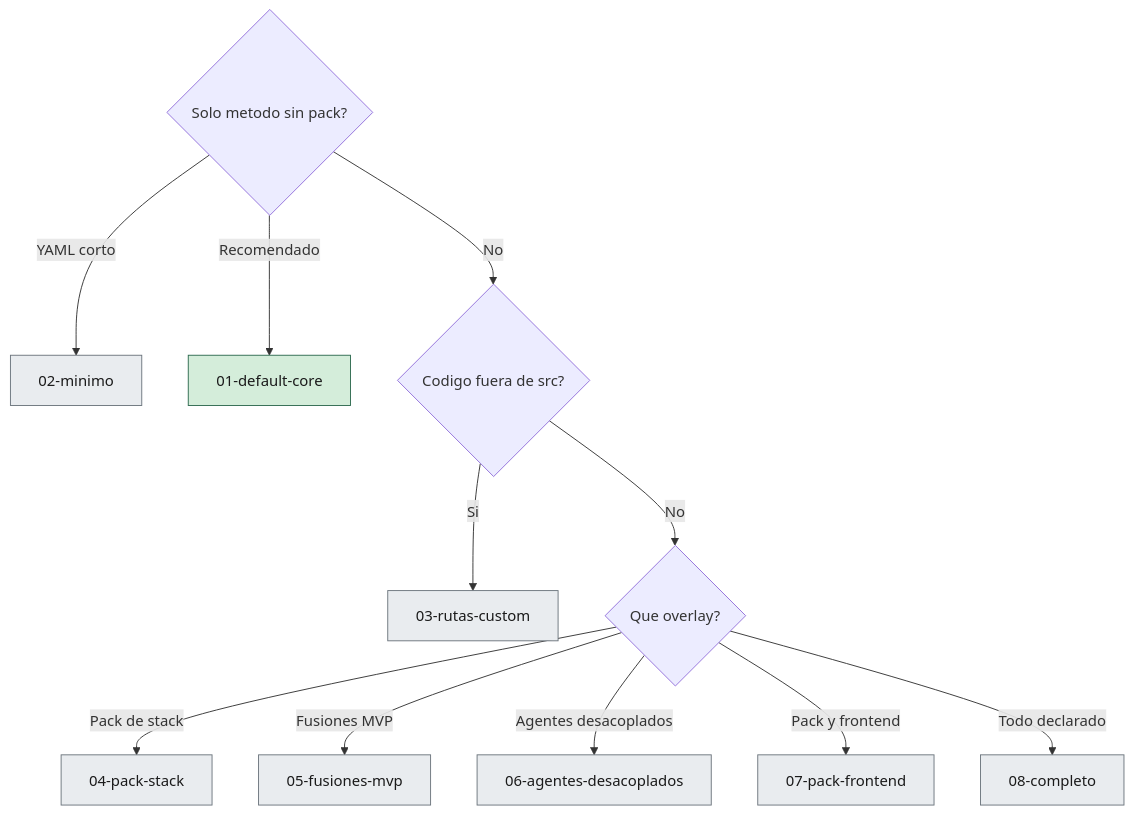
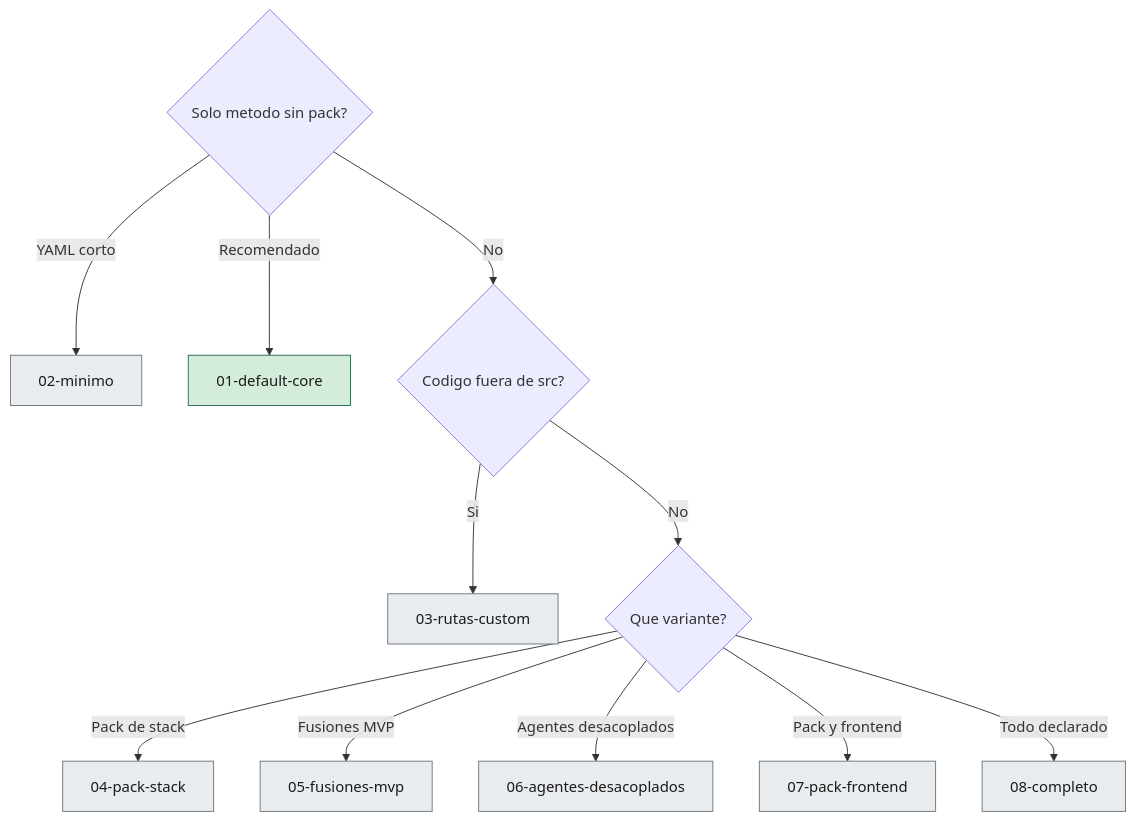
Before and after one commit to Cyberdine-Systems-Corporation/sdaf-core: the diagram in examples/README.md, drawn with Mermaid. The commit also changed other lines of this file and 11 other files, not shown here.

````diff
--- a/examples/README.md
+++ b/examples/README.md
@@ -24,18 +24,18 @@
 ```mermaid
 flowchart TD
   Q1{Solo metodo sin pack?}
   Q1 -->|YAML corto| E02[02-minimo]
   Q1 -->|Recomendado| E01[01-default-core]
   Q1 -->|No| Q2{Codigo fuera de src?}
   Q2 -->|Si| E03[03-rutas-custom]
-  Q2 -->|No| Q3{Que overlay?}
+  Q2 -->|No| Q3{Que variante?}
   Q3 -->|Pack de stack| E04[04-pack-stack]
   Q3 -->|Fusiones MVP| E05[05-fusiones-mvp]
   Q3 -->|Agentes desacoplados| E06[06-agentes-desacoplados]
   Q3 -->|Pack y frontend| E07[07-pack-frontend]
   Q3 -->|Todo declarado| E08[08-completo]
   classDef ok fill:#d4edda,stroke:#2d6a4f,color:#1a1a1a;
   classDef stub fill:#e9ecef,stroke:#6c757d,color:#1a1a1a;
   class E01 ok
   class E02,E03,E04,E05,E06,E07,E08 stub
 ```
````
